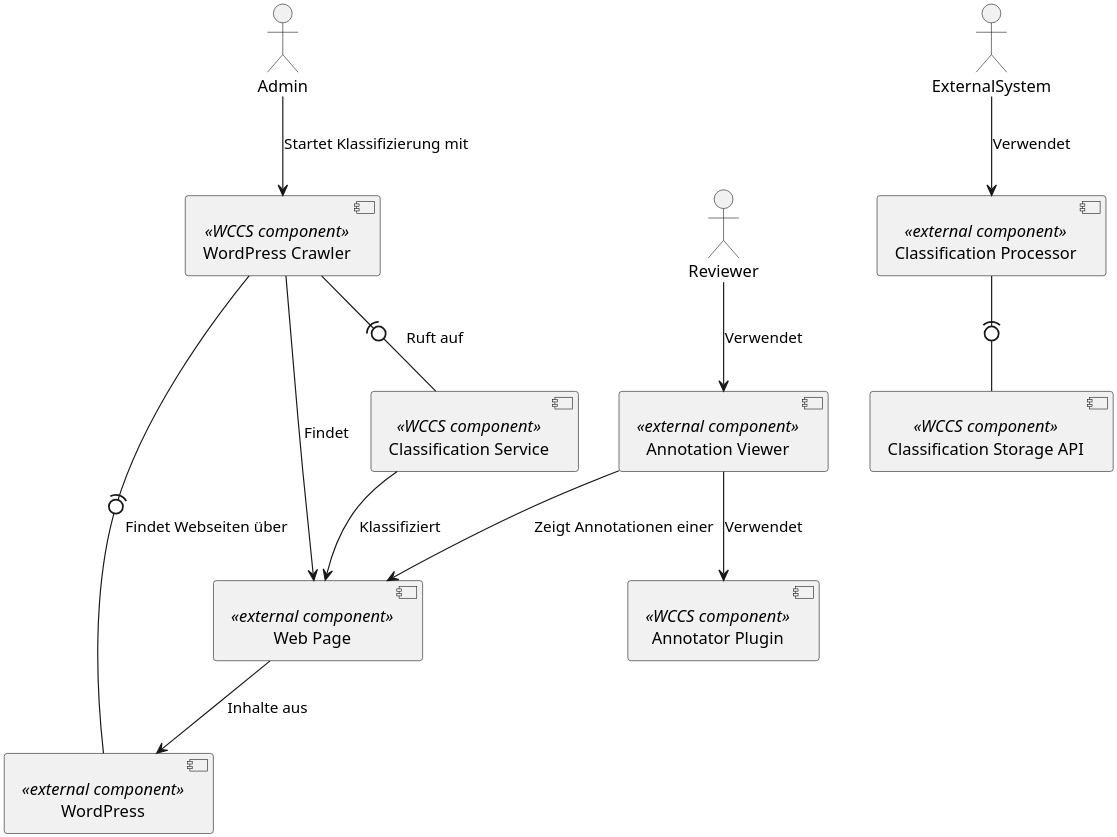
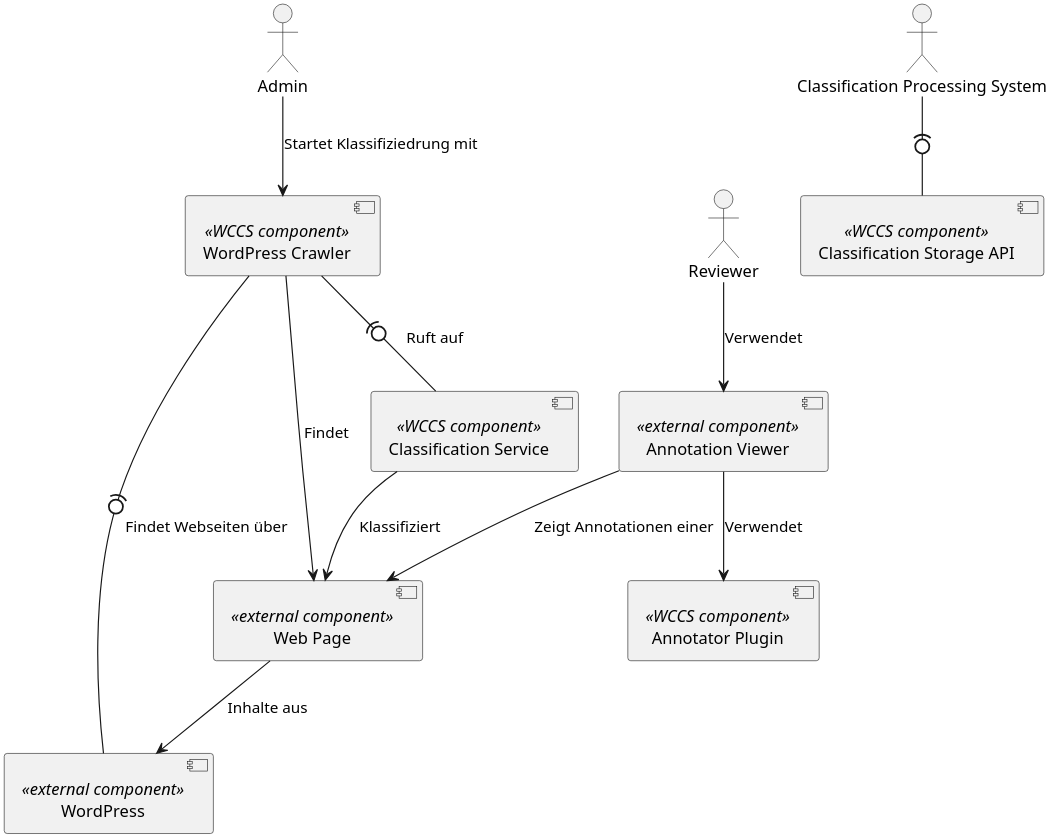
Before and after one commit to TheGreyKoala/master-thesis: the diagram in src/main/resources/architecture/external_architecture.plantuml, drawn with PlantUML. The commit also changed 4 other files, not shown here.

Commit message:
Error in architecture diagrams and no new page after toc

```diff
--- a/src/main/resources/architecture/external_architecture.plantuml
+++ b/src/main/resources/architecture/external_architecture.plantuml
@@ -1,32 +1,30 @@
 @startuml
 scale 3840*2160
 skinparam componentStyle uml2
 
 actor Admin
-actor ExternalSystem
+actor "Classification Processing System" as classification_processing_system
 actor Reviewer
 
 ' External Components
 [Annotation Viewer] <<external component>> as annotation_viewer
-[Classification Processor] <<external component>> as classification_processor
 [WordPress] <<external component>> as wordpress
 [Web Page] <<external component>> as web_page
 
 ' WCCS Components
 [Annotator Plugin] <<WCCS component>> as annotator_plugin
 [Classification Service] <<WCCS component>> as classification_service
 [Classification Storage API] <<WCCS component>> as classification_storage_api
 [WordPress Crawler] <<WCCS component>> as wp_crawler
 
-Admin --> wp_crawler : Startet Klassifizierung mit
+Admin --> wp_crawler : Startet Klassifiziedrung mit
 annotation_viewer --> annotator_plugin : Verwendet
 annotation_viewer --> web_page : Zeigt Annotationen einer
-classification_processor -(0- classification_storage_api
+classification_processing_system -(0- classification_storage_api
 classification_service --> web_page : Klassifiziert
-ExternalSystem --> classification_processor : Verwendet
 Reviewer --> annotation_viewer : Verwendet
 web_page --> wordpress : Inhalte aus
 wp_crawler -(0- classification_service : Ruft auf
 wp_crawler --> web_page : Findet
 wp_crawler -(0- wordpress : Findet Webseiten über
 @enduml
```
